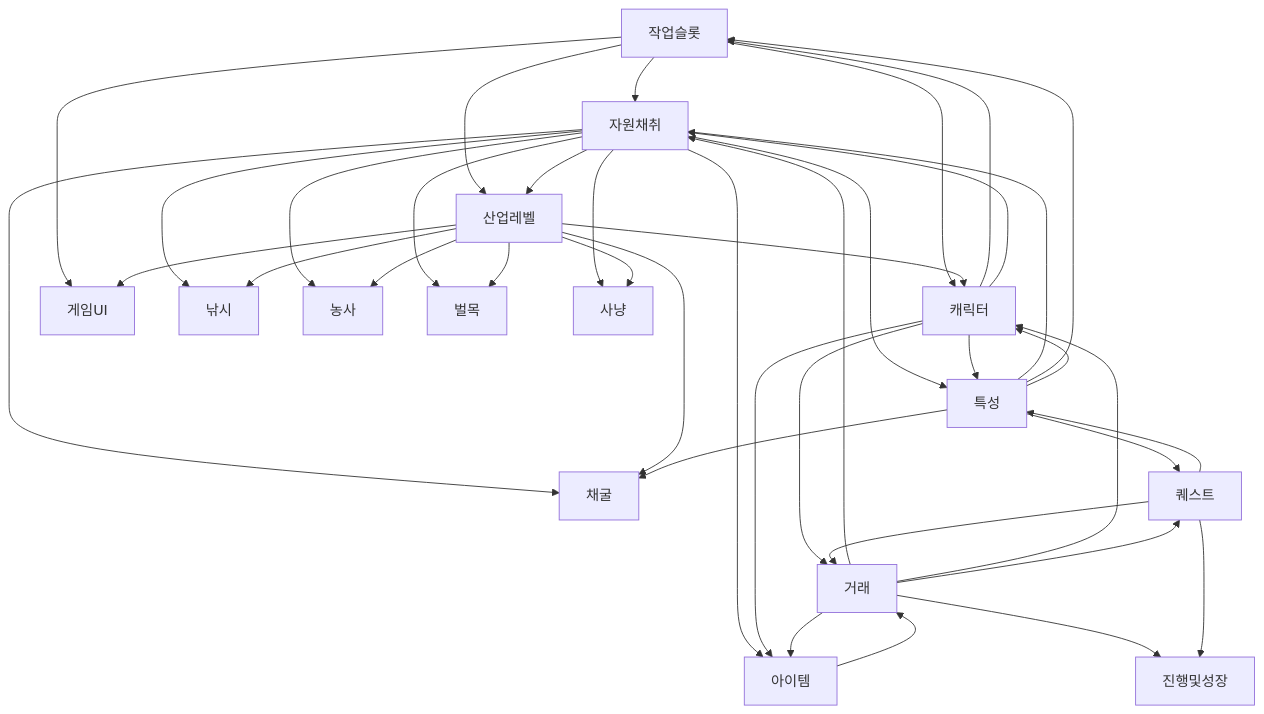
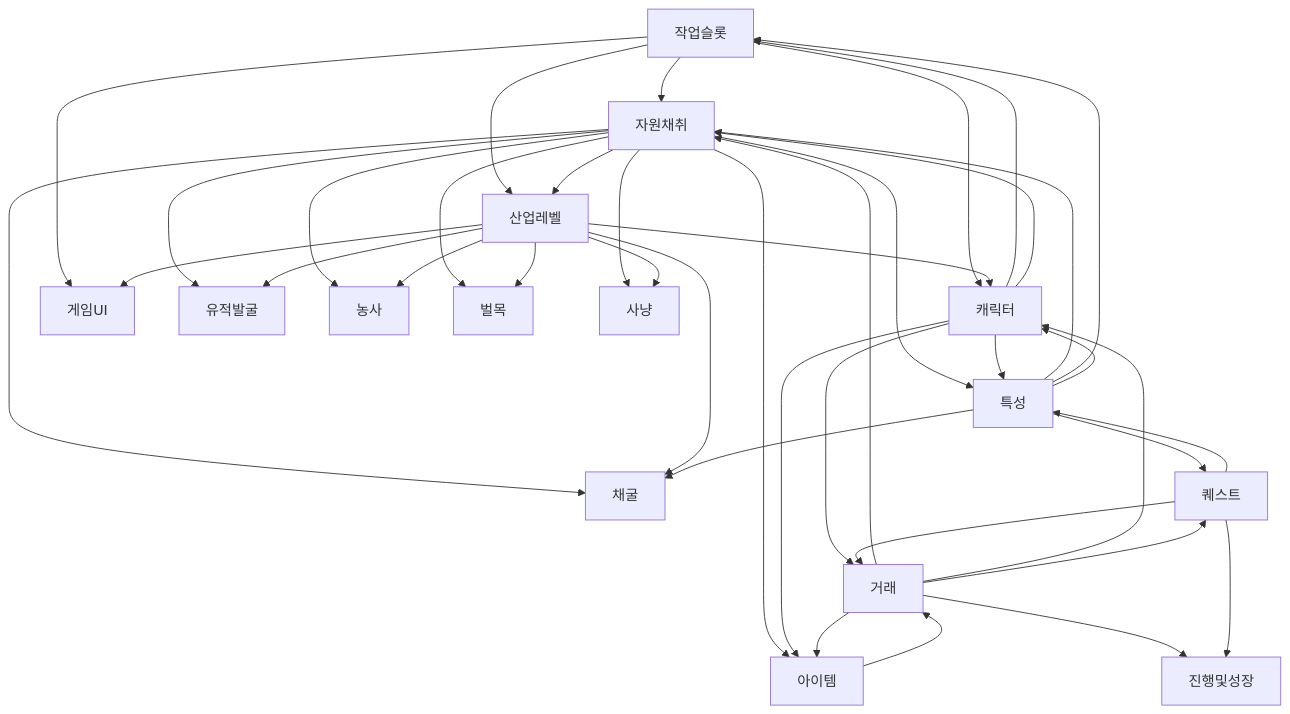
The diagram in GameDesign/design/문서관계도.md (JeongTaeWoong99/Windows_simulator), drawn with Mermaid before and after one commit. The commit also changed other lines of this file and 131 other files, not shown here.

````diff
--- a/GameDesign/design/문서관계도.md
+++ b/GameDesign/design/문서관계도.md
@@ -44,47 +44,47 @@
 ```mermaid
 graph TD
     작업슬롯 --> 자원채취
     작업슬롯 --> 산업레벨
     작업슬롯 --> 캐릭터
     작업슬롯 --> 게임UI
 
     자원채취 --> 산업레벨
-    자원채취 --> 낚시
+    자원채취 --> 유적발굴
     자원채취 --> 농사
     자원채취 --> 벌목
     자원채취 --> 채굴
     자원채취 --> 사냥
     자원채취 --> 아이템
     자원채취 --> 특성
 
-    산업레벨 --> 낚시
+    산업레벨 --> 유적발굴
     산업레벨 --> 농사
     산업레벨 --> 벌목
     산업레벨 --> 채굴
     산업레벨 --> 사냥
     산업레벨 --> 캐릭터
     산업레벨 --> 게임UI
 
     캐릭터 --> 작업슬롯
     캐릭터 --> 자원채취
     캐릭터 --> 특성
     캐릭터 --> 아이템
     캐릭터 --> 거래
 
     특성 --> 자원채취
     특성 --> 작업슬롯
     특성 --> 캐릭터
     특성 --> 퀘스트
     특성 --> 채굴
 
     아이템 --> 거래
     거래 --> 아이템
     거래 --> 자원채취
     거래 --> 캐릭터
     거래 --> 퀘스트
     거래 --> 진행및성장
 
     퀘스트 --> 특성
     퀘스트 --> 거래
     퀘스트 --> 진행및성장
 ```
````
